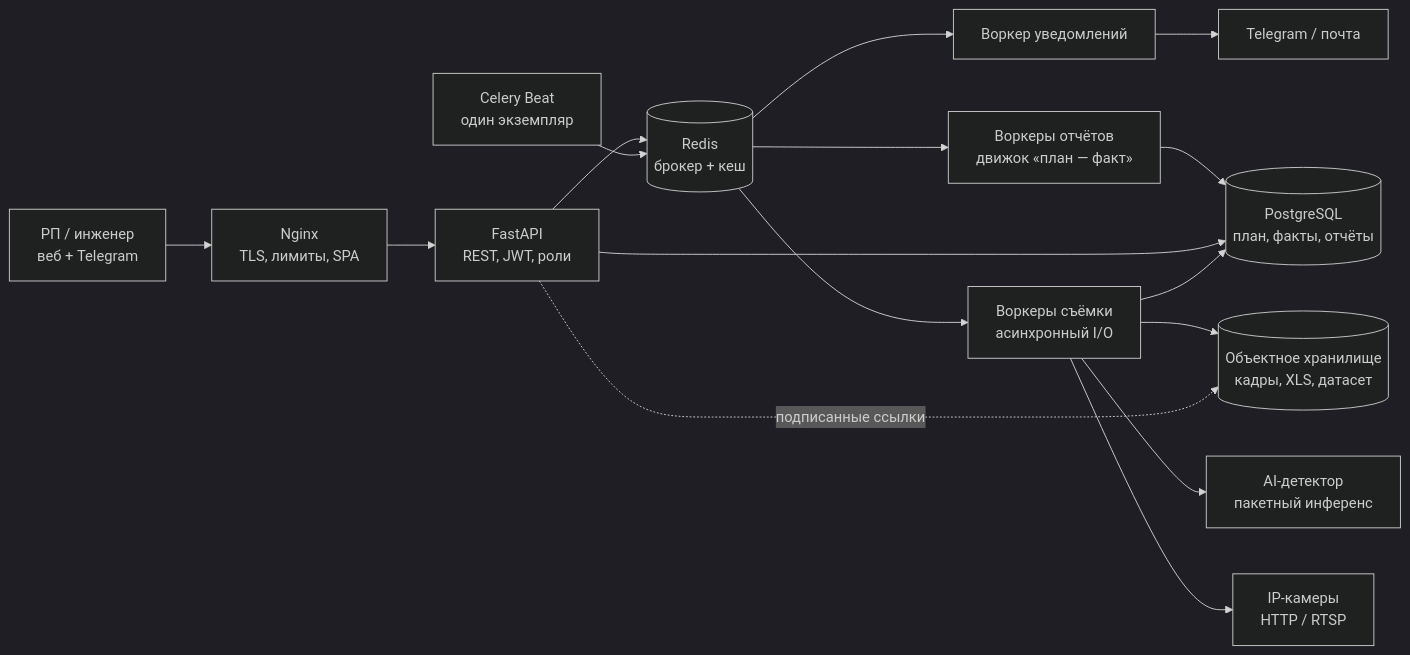
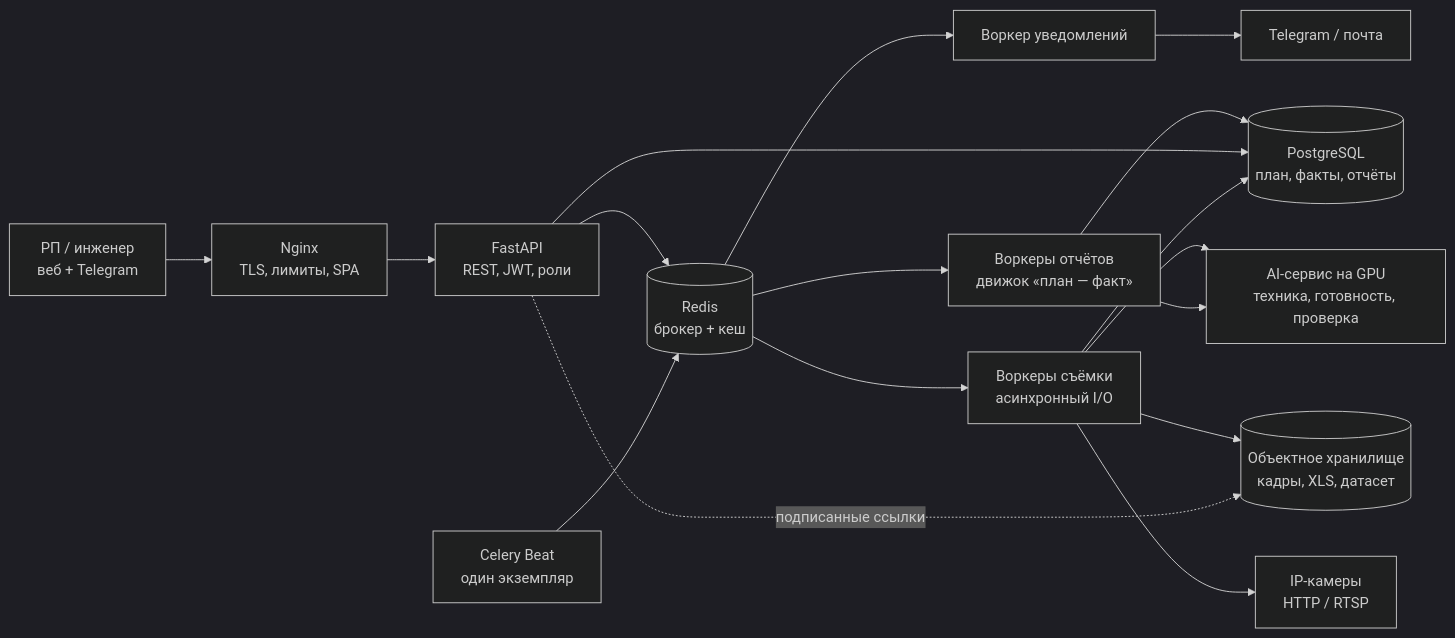
Before and after one commit to Antonoof/Intelligent-construction-site-monitoring-system: the first of 3 diagrams in backend/readme.md, drawn with Mermaid (dark theme). The commit also changed other lines of this file and 4 other files, not shown here.

````diff
--- a/backend/readme.md
+++ b/backend/readme.md
@@ -33,18 +32,19 @@
 ```mermaid
 flowchart LR
     U["РП / инженер<br/>веб + Telegram"] --> NG["Nginx<br/>TLS, лимиты, SPA"]
     NG --> API["FastAPI<br/>REST, JWT, роли"]
     API --> R[("Redis<br/>брокер + кеш")]
     BEAT["Celery Beat<br/>один экземпляр"] --> R
     R --> NW["Воркер уведомлений"]
     R --> RW["Воркеры отчётов<br/>движок «план — факт»"]
     R --> CW["Воркеры съёмки<br/>асинхронный I/O"]
     NW --> TG["Telegram / почта"]
     RW --> PG[("PostgreSQL<br/>план, факты, отчёты")]
     API --> PG
     CW --> PG
     CW --> S3[("Объектное хранилище<br/>кадры, XLS, датасет")]
     API -.->|подписанные ссылки| S3
-    CW --> AI["AI-детектор<br/>пакетный инференс"]
+    CW --> AI["AI-сервис на GPU<br/>техника, готовность, проверка"]
+    RW --> AI
     CW --> CAM["IP-камеры<br/>HTTP / RTSP"]
 ```
````
